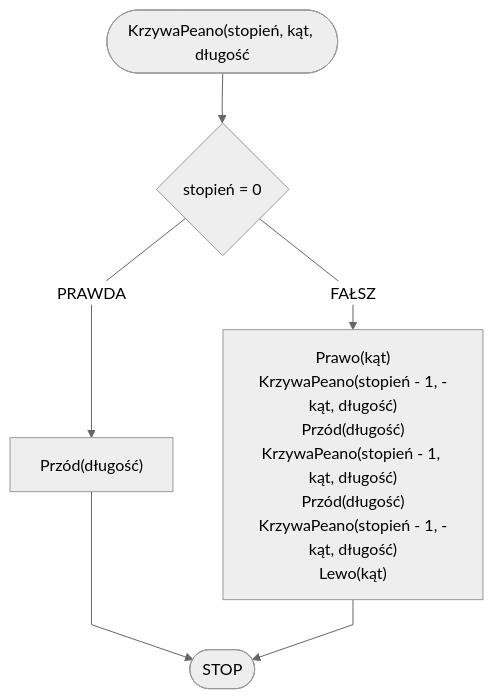
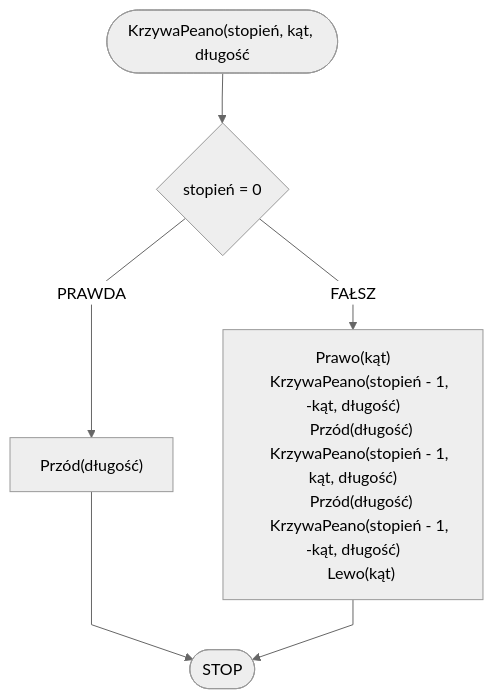
The diagram in docs/algorithms/fractals/peano-curve.md (blackbat13/edu-cs-htiew-pl), drawn with Mermaid before and after one commit. The commit also changed 32 other files, not shown here.

````diff
--- a/docs/algorithms/fractals/peano-curve.md
+++ b/docs/algorithms/fractals/peano-curve.md
@@ -44,9 +44,15 @@
 ```mermaid
 %%{init: {"flowchart": {"curve": "linear"}, "theme": "neutral"} }%%
 flowchart TD
     START(["KrzywaPeano(stopień, kąt, długość"]) --> K1{stopień = 0}
     K1 -- PRAWDA --> K2["Przód(długość)"]
     K2 --> STOP([STOP])
-    K1 -- FAŁSZ --> K4["Prawo(kąt)\nKrzywaPeano(stopień - 1, -kąt, długość)\nPrzód(długość)\nKrzywaPeano(stopień - 1, kąt, długość)\nPrzód(długość)\nKrzywaPeano(stopień - 1, -kąt, długość)\nLewo(kąt)"]
+    K1 -- FAŁSZ --> K4["Prawo(kąt)
+    KrzywaPeano(stopień - 1, -kąt, długość)
+    Przód(długość)
+    KrzywaPeano(stopień - 1, kąt, długość)
+    Przód(długość)
+    KrzywaPeano(stopień - 1, -kąt, długość)
+    Lewo(kąt)"]
     K4 --> STOP
 ```
````
